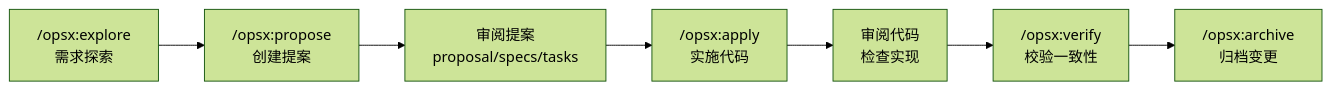
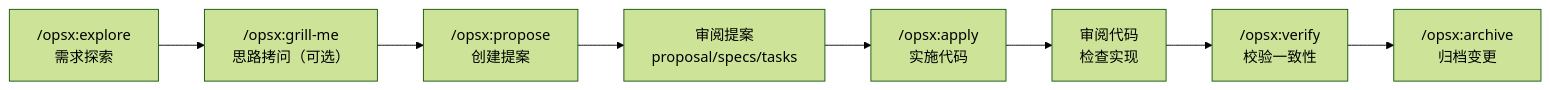
The second of 3 diagrams in dev-pipeline/docs/practice-guide.md (ZhaoYis/My-Skills), drawn with Mermaid (forest theme) before and after one commit. The commit also changed other lines of this file and 7 other files, not shown here.

````diff
--- a/dev-pipeline/docs/practice-guide.md
+++ b/dev-pipeline/docs/practice-guide.md
@@ -183,9 +209,10 @@
 ```mermaid
 flowchart LR
-    A["/opsx:explore<br/>需求探索"] --> B["/opsx:propose<br/>创建提案"]
-    B --> C["审阅提案<br/>proposal/specs/tasks"]
-    C --> D["/opsx:apply<br/>实施代码"]
-    D --> E["审阅代码<br/>检查实现"]
-    E --> F["/opsx:verify<br/>校验一致性"]
-    F --> G["/opsx:archive<br/>归档变更"]
+    A["/opsx:explore<br/>需求探索"] --> B["/opsx:grill-me<br/>思路拷问（可选）"]
+    B --> C["/opsx:propose<br/>创建提案"]
+    C --> D["审阅提案<br/>proposal/specs/tasks"]
+    D --> E["/opsx:apply<br/>实施代码"]
+    E --> F["审阅代码<br/>检查实现"]
+    F --> G["/opsx:verify<br/>校验一致性"]
+    G --> H["/opsx:archive<br/>归档变更"]
 ```
````
